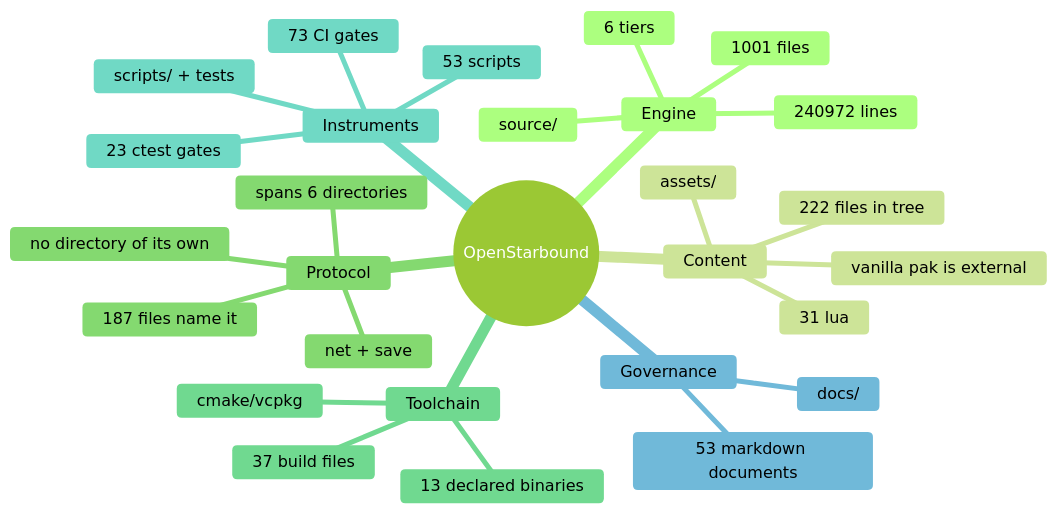
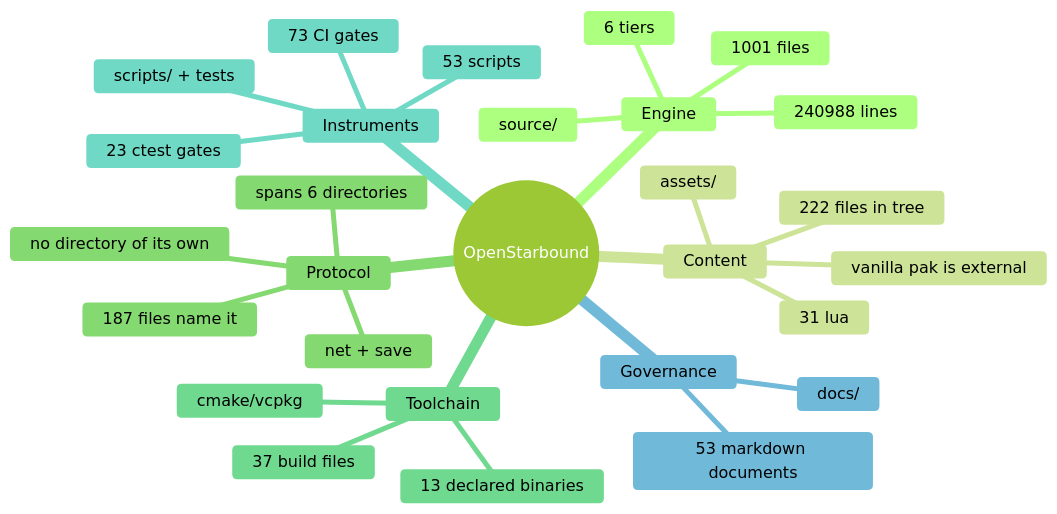
One commit to apnex/OpenStarbound changed the second of 11 diagrams in docs/architecture/system-boundaries.md. Above: the diagram before and after it, drawn with Mermaid (forest theme). The commit also changed other lines of this file and 3 other files, not shown here.

````diff
--- a/docs/architecture/system-boundaries.md
+++ b/docs/architecture/system-boundaries.md
@@ -166,31 +166,31 @@
 ```mermaid
 mindmap
   root((OpenStarbound))
     Engine
       source/
       1001 files
-      240972 lines
+      240988 lines
       6 tiers
     Content
       assets/
       222 files in tree
       31 lua
       vanilla pak is external
     Protocol
       net + save
       187 files name it
       spans 6 directories
       no directory of its own
     Toolchain
       cmake/vcpkg
       37 build files
       13 declared binaries
     Instruments
       scripts/ + tests
       53 scripts
       23 ctest gates
       73 CI gates
     Governance
       docs/
       53 markdown documents
 ```
````
